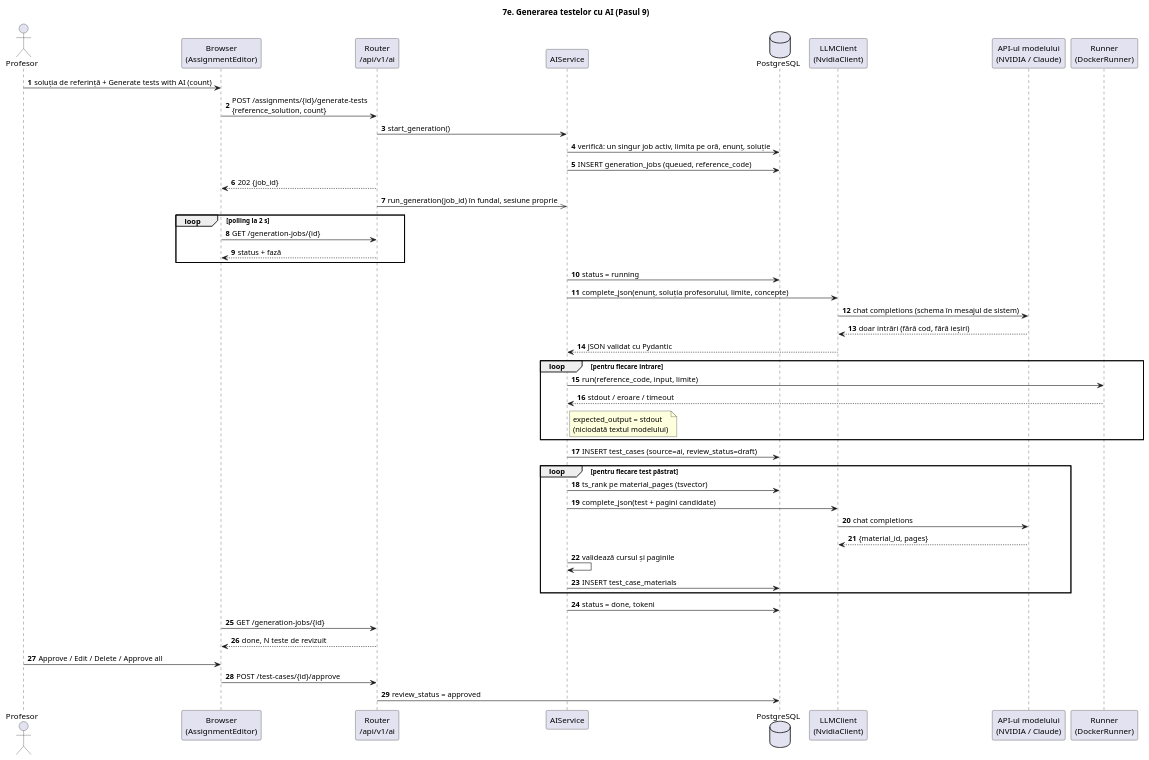
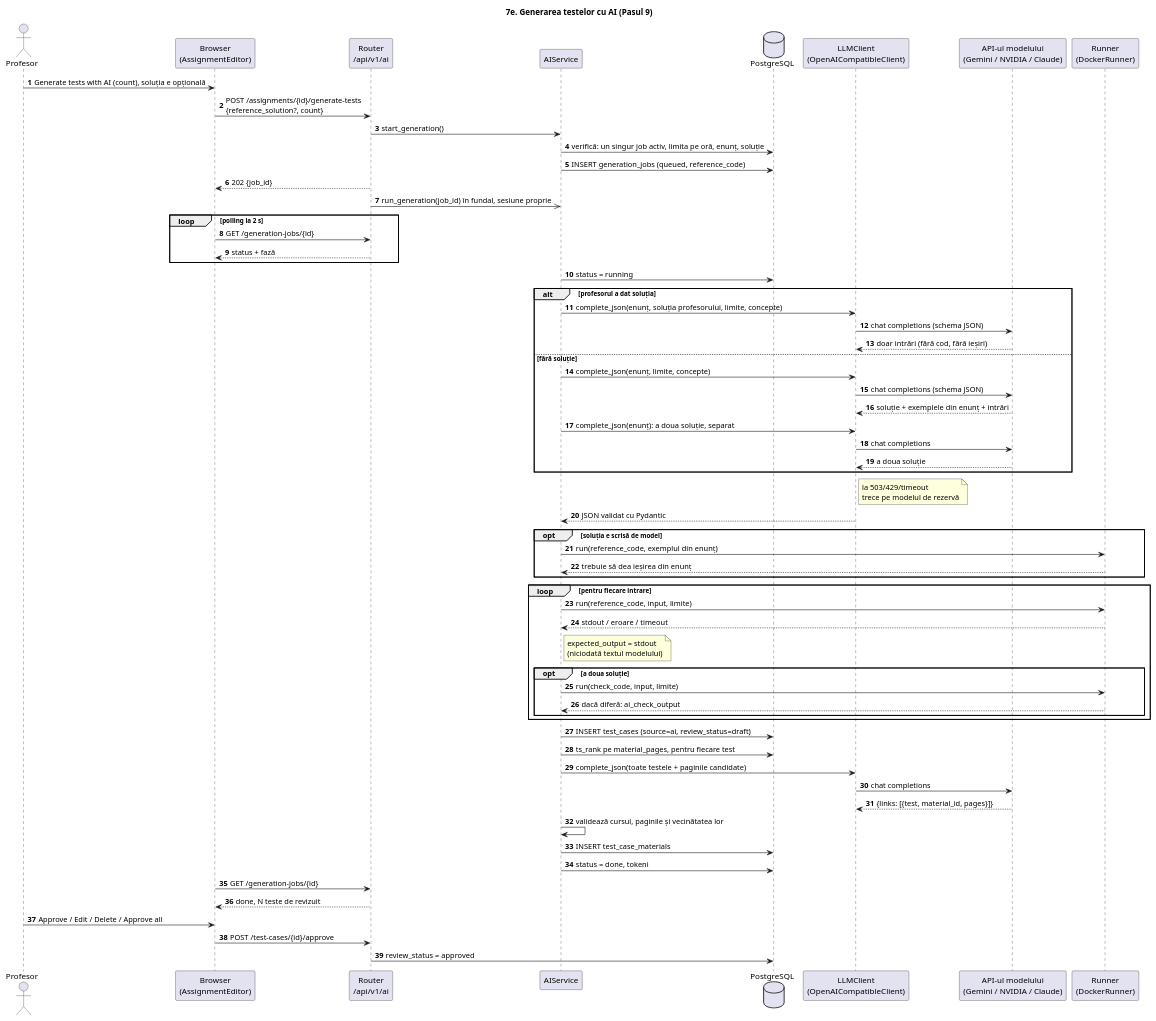
Before and after one commit to Cataflon/Code-Learning-Platform: the diagram in docs/uml/secventa-generare-teste.puml, drawn with PlantUML. The commit also changed 21 other files, not shown here.

First line of the commit message:
feat: let the AI write the reference solution with Gemini, cross-checked by a second one

```diff
--- a/docs/uml/secventa-generare-teste.puml
+++ b/docs/uml/secventa-generare-teste.puml
@@ -1,56 +1,72 @@
 @startuml secventa-generare-teste
 title 7e. Generarea testelor cu AI (Pasul 9)
 autonumber
 
 actor Profesor as T
 participant "Browser\n(AssignmentEditor)" as B
 participant "Router\n/api/v1/ai" as R
 participant "AIService" as S
 database "PostgreSQL" as DB
-participant "LLMClient\n(NvidiaClient)" as L
-participant "API-ul modelului\n(NVIDIA / Claude)" as C
+participant "LLMClient\n(OpenAICompatibleClient)" as L
+participant "API-ul modelului\n(Gemini / NVIDIA / Claude)" as C
 participant "Runner\n(DockerRunner)" as D
 
-T -> B : soluția de referință + Generate tests with AI (count)
-B -> R : POST /assignments/{id}/generate-tests\n{reference_solution, count}
+T -> B : Generate tests with AI (count), soluția e opțională
+B -> R : POST /assignments/{id}/generate-tests\n{reference_solution?, count}
 R -> S : start_generation()
 S -> DB : verifică: un singur job activ, limita pe oră, enunț, soluție
 S -> DB : INSERT generation_jobs (queued, reference_code)
 R --> B : 202 {job_id}
 R ->> S : run_generation(job_id) în fundal, sesiune proprie
 
 loop polling la 2 s
   B -> R : GET /generation-jobs/{id}
   R --> B : status + fază
 end
 
 S -> DB : status = running
-S -> L : complete_json(enunț, soluția profesorului, limite, concepte)
-L -> C : chat completions (schema în mesajul de sistem)
-C --> L : doar intrări (fără cod, fără ieșiri)
+alt profesorul a dat soluția
+  S -> L : complete_json(enunț, soluția profesorului, limite, concepte)
+  L -> C : chat completions (schema JSON)
+  C --> L : doar intrări (fără cod, fără ieșiri)
+else fără soluție
+  S -> L : complete_json(enunț, limite, concepte)
+  L -> C : chat completions (schema JSON)
+  C --> L : soluție + exemplele din enunț + intrări
+  S -> L : complete_json(enunț): a doua soluție, separat
+  L -> C : chat completions
+  C --> L : a doua soluție
+end
+note right of L : la 503/429/timeout\ntrece pe modelul de rezervă
 L --> S : JSON validat cu Pydantic
 
+opt soluția e scrisă de model
+  S -> D : run(reference_code, exemplul din enunț)
+  D --> S : trebuie să dea ieșirea din enunț
+end
 loop pentru fiecare intrare
   S -> D : run(reference_code, input, limite)
   D --> S : stdout / eroare / timeout
   note right of S : expected_output = stdout\n(niciodată textul modelului)
+  opt a doua soluție
+    S -> D : run(check_code, input, limite)
+    D --> S : dacă diferă: ai_check_output
+  end
 end
 
 S -> DB : INSERT test_cases (source=ai, review_status=draft)
 
-loop pentru fiecare test păstrat
-  S -> DB : ts_rank pe material_pages (tsvector)
-  S -> L : complete_json(test + pagini candidate)
-  L -> C : chat completions
-  C --> L : {material_id, pages}
-  S -> S : validează cursul și paginile
-  S -> DB : INSERT test_case_materials
-end
+S -> DB : ts_rank pe material_pages, pentru fiecare test
+S -> L : complete_json(toate testele + paginile candidate)
+L -> C : chat completions
+C --> L : {links: [{test, material_id, pages}]}
+S -> S : validează cursul, paginile și vecinătatea lor
+S -> DB : INSERT test_case_materials
 
 S -> DB : status = done, tokeni
 B -> R : GET /generation-jobs/{id}
 R --> B : done, N teste de revizuit
 T -> B : Approve / Edit / Delete / Approve all
 B -> R : POST /test-cases/{id}/approve
 R -> DB : review_status = approved
 @enduml
```
